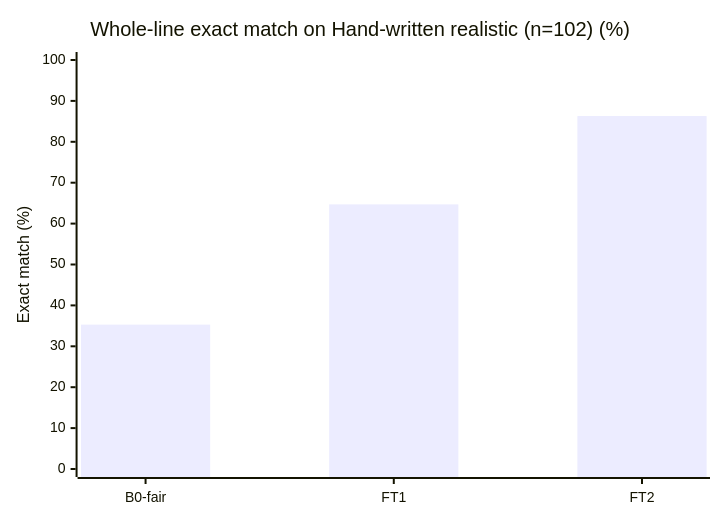
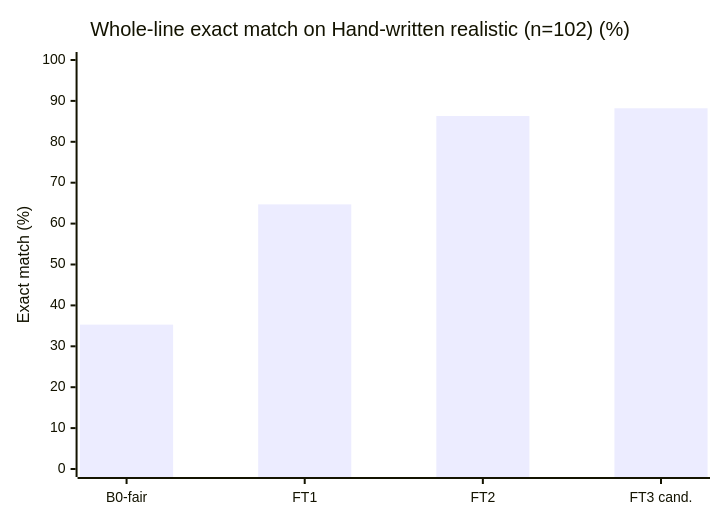
Before and after one commit to Vedant817/aaji-pill-clerk: the first of 4 diagrams in eval/results.md, drawn with Mermaid. The commit also changed other lines of this file and 13 other files, not shown here.

````diff
--- a/eval/results.md
+++ b/eval/results.md
@@ -148,7 +153,7 @@
 ```mermaid
 xychart-beta
     title "Whole-line exact match on Hand-written realistic (n=102) (%)"
-    x-axis ["B0-fair", "FT1", "FT2"]
+    x-axis ["B0-fair", "FT1", "FT2", "FT3 cand."]
     y-axis "Exact match (%)" 0 --> 100
-    bar [35.3, 64.7, 86.3]
+    bar [35.3, 64.7, 86.3, 88.2]
 ```
````
